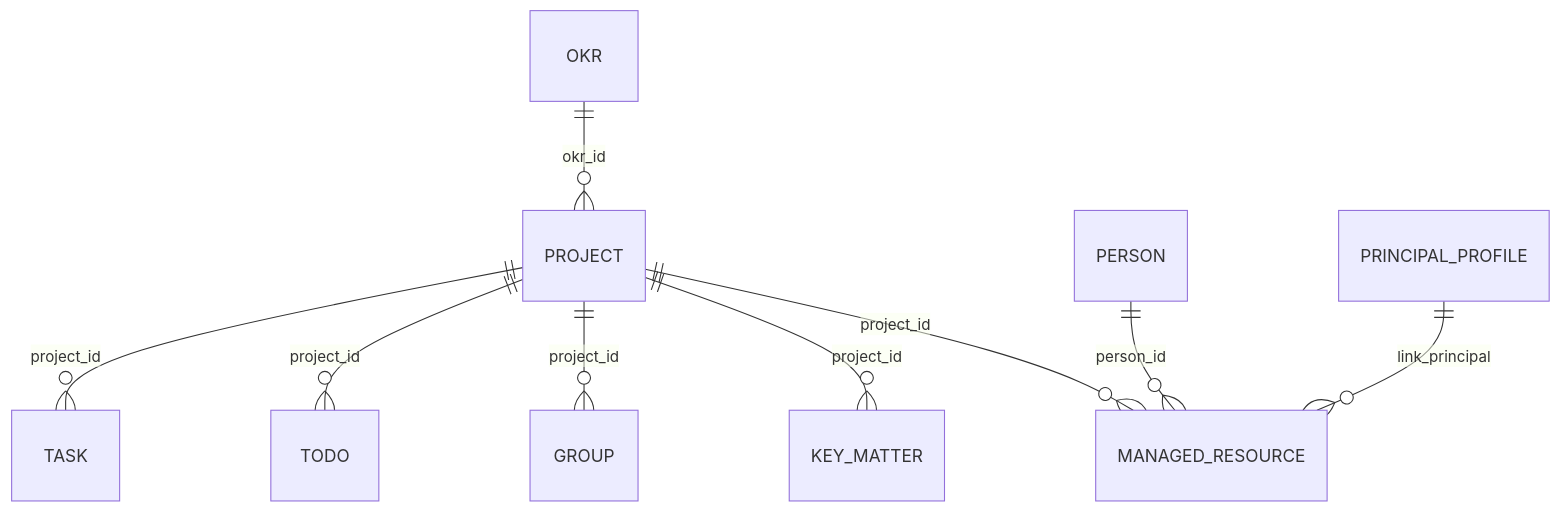
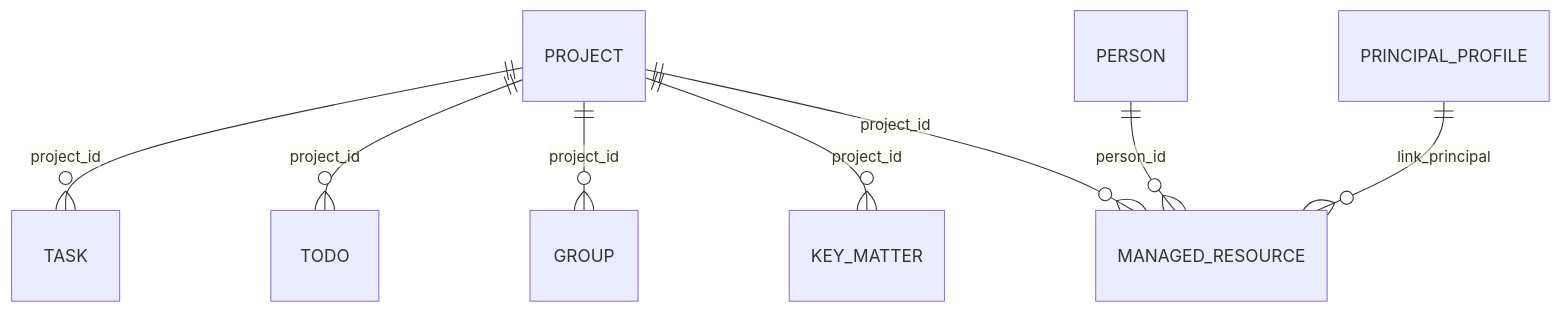
The diagram in docs/modules/01-background.md (mjscjj/jarvis), drawn with Mermaid before and after one commit. The commit also changed other lines of this file and 36 other files, not shown here.

````diff
--- a/docs/modules/01-background.md
+++ b/docs/modules/01-background.md
@@ -21,11 +21,10 @@
 ```mermaid
 erDiagram
-    OKR ||--o{ PROJECT : "okr_id"
-    PROJECT ||--o{ KEY_MATTER : "project_id"
+	PROJECT ||--o{ KEY_MATTER : "project_id"
     PROJECT ||--o{ GROUP : "project_id"
     PROJECT ||--o{ MANAGED_RESOURCE : "project_id"
     PERSON ||--o{ MANAGED_RESOURCE : "person_id"
     PRINCIPAL_PROFILE ||--o{ MANAGED_RESOURCE : "link_principal"
     PROJECT ||--o{ TODO : "project_id"
     PROJECT ||--o{ TASK : "project_id"
 ```
````
